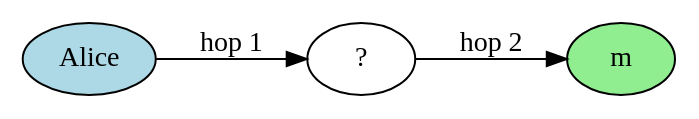
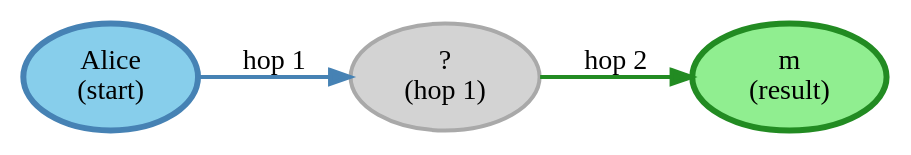
One commit to graphistry/pygraphistry changed the third of 4 diagrams in docs/source/gfql/translate.rst. Above: the diagram before and after it, drawn with Graphviz. The commit also changed other lines of this file, not shown here.

First line of the commit message:
docs(gfql): apply consistent diagram styling to translate.rst

```diff
--- a/docs/source/gfql/translate.rst
+++ b/docs/source/gfql/translate.rst
@@ -197,10 +197,10 @@
 .. graphviz::
 
    digraph multi_hop {
        rankdir=LR;
-       Alice [style=filled, fillcolor=lightblue, label="Alice"];
-       n1 [label="?"];
-       n2 [style=filled, fillcolor=lightgreen, label="m"];
-       Alice -> n1 [label="hop 1"];
-       n1 -> n2 [label="hop 2"];
+       Alice [label="Alice\n(start)", style="filled,bold", fillcolor="#87CEEB", penwidth=3, color="#4682B4"];
+       n1 [label="?\n(hop 1)", style="filled,bold", fillcolor="#D3D3D3", penwidth=2, color="#A9A9A9"];
+       n2 [label="m\n(result)", style="filled,bold", fillcolor="#90EE90", penwidth=3, color="#228B22"];
+       Alice -> n1 [label="hop 1", style=bold, color="#4682B4", penwidth=2];
+       n1 -> n2 [label="hop 2", style=bold, color="#228B22", penwidth=2];
    }
```
